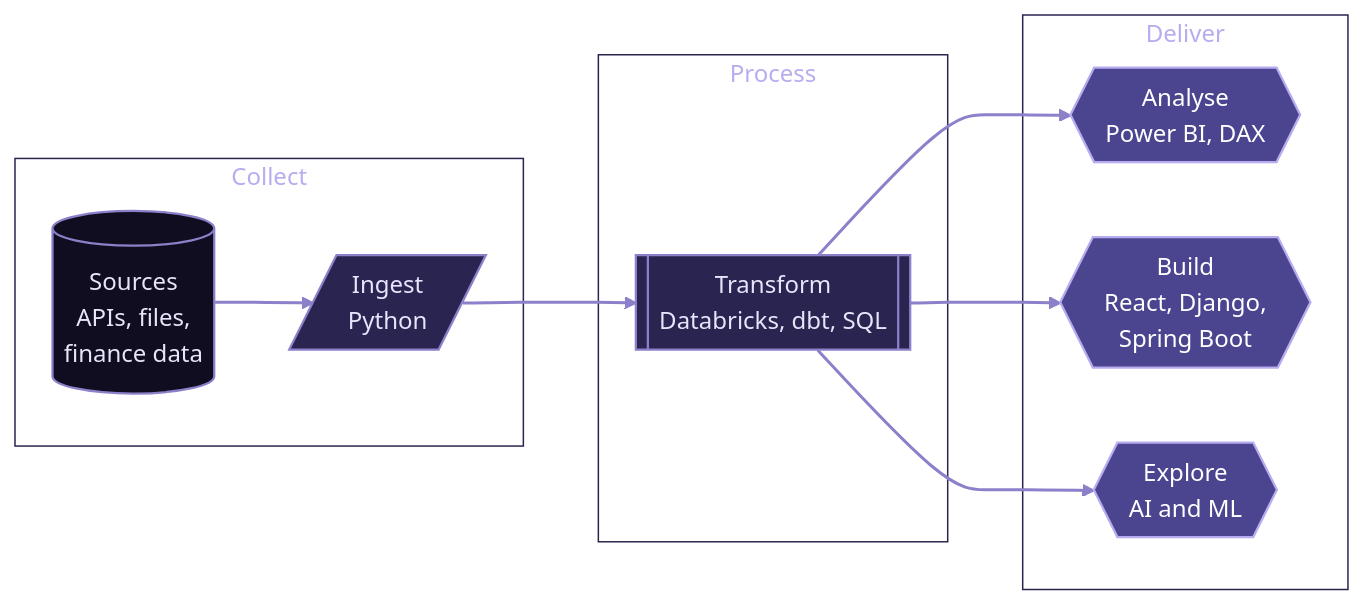
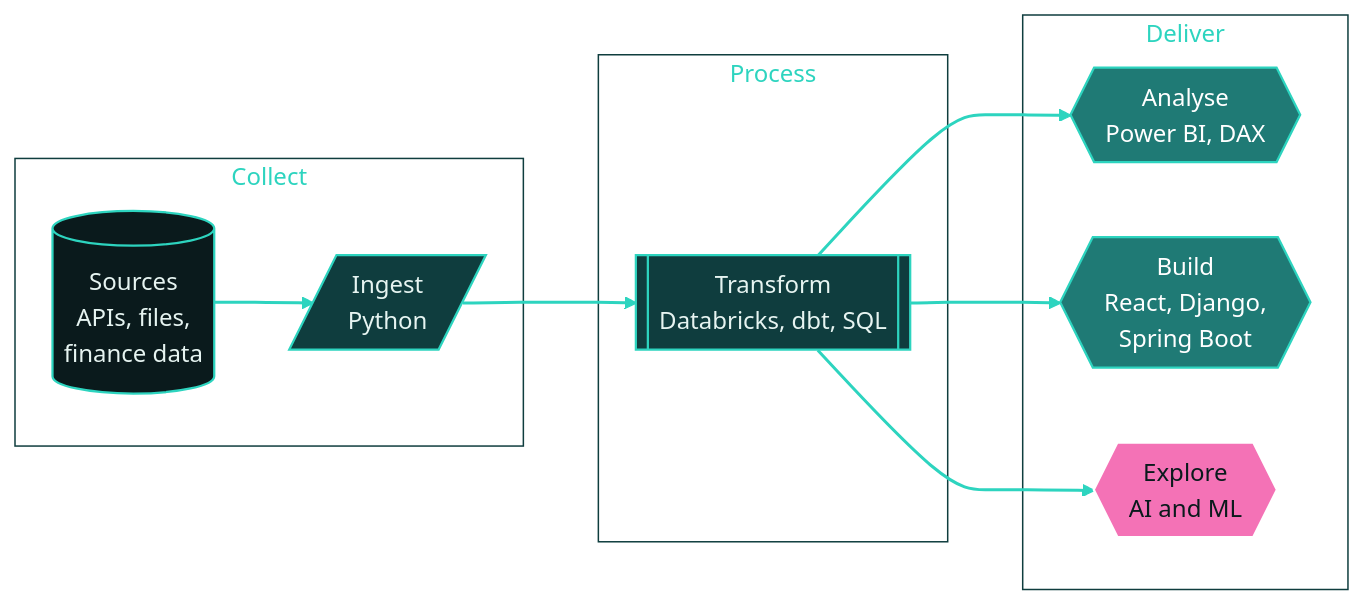
Before and after one commit to Sitina-Celine/Sitina-Celine: the diagram in README.md, drawn with Mermaid. The commit also changed other lines of this file, not shown here.

````diff
--- a/README.md
+++ b/README.md
@@ -28,34 +28,36 @@
 ```mermaid
 flowchart LR
     subgraph IN[" Collect "]
         A[(Sources<br/>APIs, files,<br/>finance data)]
         B[/Ingest<br/>Python/]
     end
 
     subgraph PROC[" Process "]
         C[[Transform<br/>Databricks, dbt, SQL]]
     end
 
     subgraph OUT[" Deliver "]
         D{{Analyse<br/>Power BI, DAX}}
         E{{Build<br/>React, Django,<br/>Spring Boot}}
         F{{Explore<br/>AI and ML}}
     end
 
     A ==> B ==> C
     C ==> D
     C ==> E
     C ==> F
 
-    classDef source fill:#0f0d1f,stroke:#8b80c9,stroke-width:1.5px,color:#e8e4fb
-    classDef pipe fill:#2a2550,stroke:#8b80c9,stroke-width:1.5px,color:#e8e4fb
-    classDef output fill:#4b4590,stroke:#b8acf0,stroke-width:1.5px,color:#ffffff
-    classDef group fill:transparent,stroke:#2a2550,stroke-width:1px,color:#b8acf0
+    classDef source fill:#0a1a1c,stroke:#2dd4bf,stroke-width:1.5px,color:#e6f4f1
+    classDef pipe fill:#0f3d3e,stroke:#2dd4bf,stroke-width:1.5px,color:#e6f4f1
+    classDef output fill:#1f7a75,stroke:#2dd4bf,stroke-width:1.5px,color:#ffffff
+    classDef accent fill:#f472b6,stroke:#ffffff,stroke-width:1.5px,color:#0a1a1c
+    classDef group fill:transparent,stroke:#0f3d3e,stroke-width:1px,color:#2dd4bf
 
     class A source
     class B,C pipe
-    class D,E,F output
+    class D,E output
+    class F accent
     class IN,PROC,OUT group
 
-    linkStyle default stroke:#8b80c9,stroke-width:2px
+    linkStyle default stroke:#2dd4bf,stroke-width:2px
 ```
````
